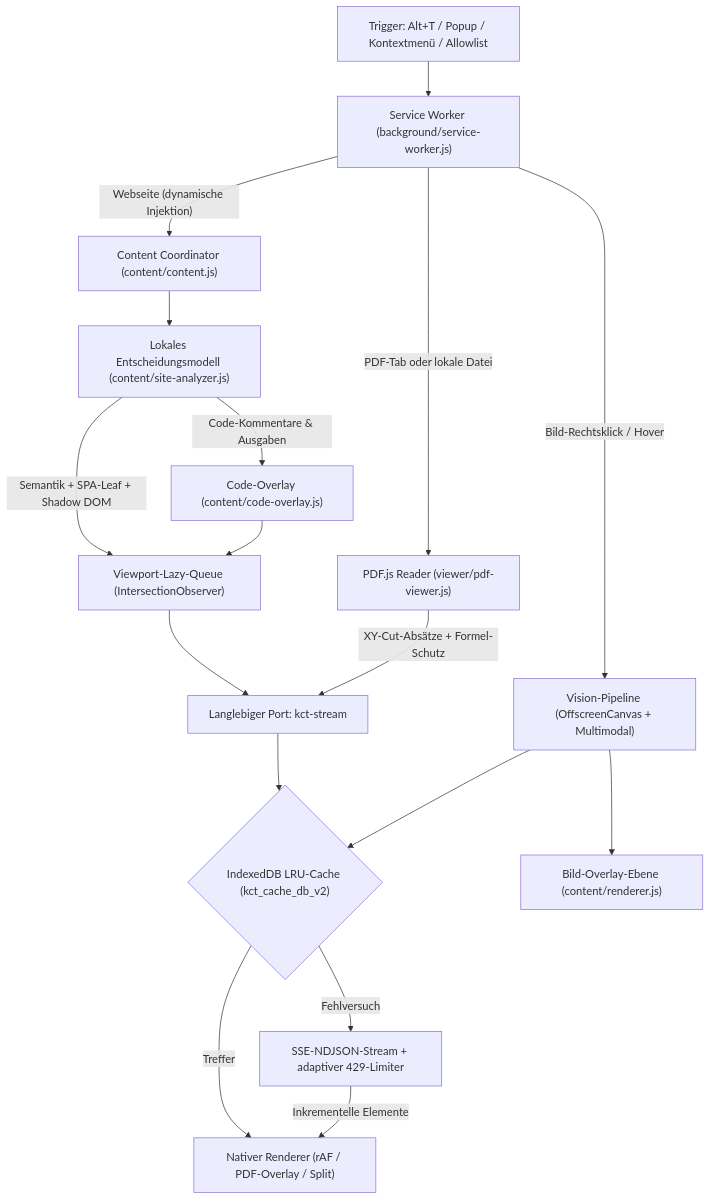
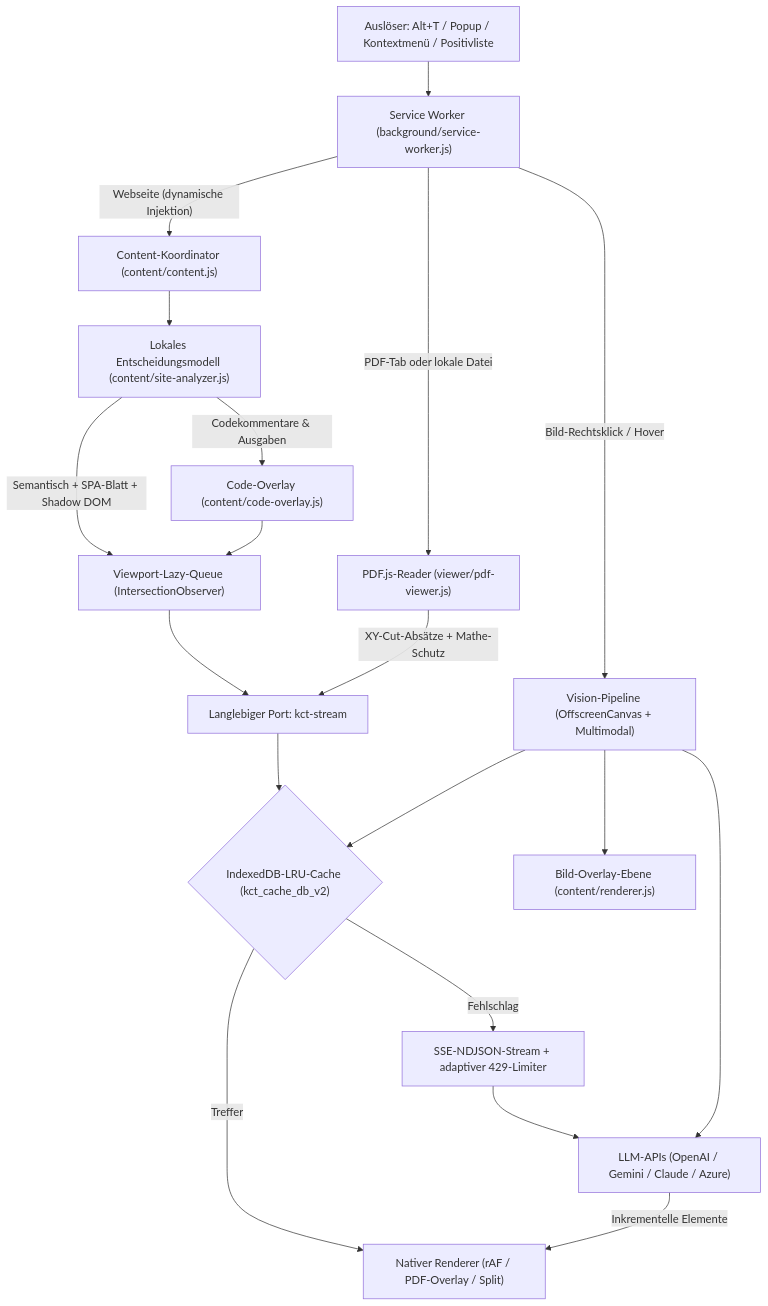
One commit to Chih-Kai-Wang/kaggle-course-translator changed the first of 2 diagrams in README.de.md. Above: the diagram before and after it, drawn with Mermaid. The commit also changed other lines of this file and 23 other files, not shown here.

First line of the commit message:
feat(v2.4.0): update notice, Claude & Azure OpenAI providers, README rewrite with local decision-model diagram

````diff
--- a/README.de.md
+++ b/README.de.md
@@ -65,19 +76,21 @@
 ```mermaid
 flowchart TD
-    Trigger["Trigger: Alt+T / Popup / Kontextmenü / Allowlist"] --> SW["Service Worker (background/service-worker.js)"]
-    SW -->|"Webseite (dynamische Injektion)"| Content["Content Coordinator (content/content.js)"]
-    SW -->|"PDF-Tab oder lokale Datei"| PDF["PDF.js Reader (viewer/pdf-viewer.js)"]
+    Trigger["Auslöser: Alt+T / Popup / Kontextmenü / Positivliste"] --> SW["Service Worker (background/service-worker.js)"]
+    SW -->|"Webseite (dynamische Injektion)"| Content["Content-Koordinator (content/content.js)"]
+    SW -->|"PDF-Tab oder lokale Datei"| PDF["PDF.js-Reader (viewer/pdf-viewer.js)"]
     SW -->|"Bild-Rechtsklick / Hover"| Vision["Vision-Pipeline (OffscreenCanvas + Multimodal)"]
     Content --> Analyzer["Lokales Entscheidungsmodell (content/site-analyzer.js)"]
-    Analyzer -->|"Semantik + SPA-Leaf + Shadow DOM"| Queue["Viewport-Lazy-Queue (IntersectionObserver)"]
-    Analyzer -->|"Code-Kommentare & Ausgaben"| Code["Code-Overlay (content/code-overlay.js)"]
+    Analyzer -->|"Semantisch + SPA-Blatt + Shadow DOM"| Queue["Viewport-Lazy-Queue (IntersectionObserver)"]
+    Analyzer -->|"Codekommentare & Ausgaben"| Code["Code-Overlay (content/code-overlay.js)"]
     Code --> Queue
     Queue --> Port["Langlebiger Port: kct-stream"]
-    PDF -->|"XY-Cut-Absätze + Formel-Schutz"| Port
-    Port --> Cache{"IndexedDB LRU-Cache (kct_cache_db_v2)"}
+    PDF -->|"XY-Cut-Absätze + Mathe-Schutz"| Port
+    Port --> Cache{"IndexedDB-LRU-Cache (kct_cache_db_v2)"}
     Cache -->|"Treffer"| Render["Nativer Renderer (rAF / PDF-Overlay / Split)"]
-    Cache -->|"Fehlversuch"| Stream["SSE-NDJSON-Stream + adaptiver 429-Limiter"]
-    Stream -->|"Inkrementelle Elemente"| Render
+    Cache -->|"Fehlschlag"| Stream["SSE-NDJSON-Stream + adaptiver 429-Limiter"]
+    Stream --> LLM["LLM-APIs (OpenAI / Gemini / Claude / Azure)"]
+    LLM -->|"Inkrementelle Elemente"| Render
     Vision --> Cache
+    Vision --> LLM
     Vision --> ImgOverlay["Bild-Overlay-Ebene (content/renderer.js)"]
 ```
````
